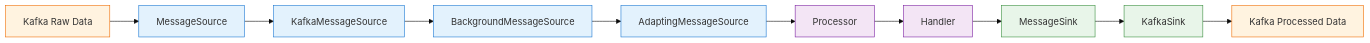
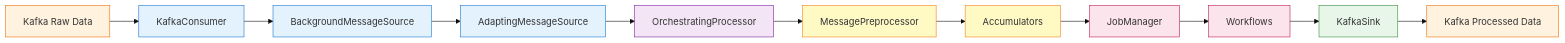
Before and after one commit to scipp/esslivedata: the third of 4 diagrams in docs/developer/design/backend-service-architecture.md, drawn with Mermaid (base theme). The commit also changed other lines of this file and 5 other files, not shown here.

````diff
--- a/docs/developer/design/backend-service-architecture.md
+++ b/docs/developer/design/backend-service-architecture.md
@@ -197,22 +235,27 @@
 ```mermaid
 graph LR
-    K[Kafka Raw Data] --> MS[MessageSource]
-    MS --> KMS[KafkaMessageSource]
-    KMS --> BMS[BackgroundMessageSource]
+    K[Kafka Raw Data] --> KC[KafkaConsumer]
+    KC --> BMS[BackgroundMessageSource]
     BMS --> AMS[AdaptingMessageSource]
-    AMS --> P[Processor]
-    P --> H[Handler]
-    H --> MS2[MessageSink]
-    MS2 --> KS[KafkaSink]
+    AMS --> P[OrchestratingProcessor]
+    P --> MP[MessagePreprocessor]
+    MP --> ACC[Accumulators]
+    ACC --> JM[JobManager]
+    JM --> WF[Workflows]
+    WF --> KS[KafkaSink]
     KS --> K2[Kafka Processed Data]
 
     classDef kafka fill:#fff3e0,stroke:#ef6c00;
     classDef source fill:#e3f2fd,stroke:#1976d2;
     classDef processor fill:#f3e5f5,stroke:#7b1fa2;
+    classDef preproc fill:#fff9c4,stroke:#f57f17;
+    classDef job fill:#fce4ec,stroke:#c2185b;
     classDef sink fill:#e8f5e9,stroke:#388e3c;
 
     class K,K2 kafka;
-    class MS,KMS,BMS,AMS source;
-    class P,H processor;
-    class MS2,KS sink;
+    class KC,BMS,AMS source;
+    class P processor;
+    class MP,ACC preproc;
+    class JM,WF job;
+    class KS sink;
 ```
````
